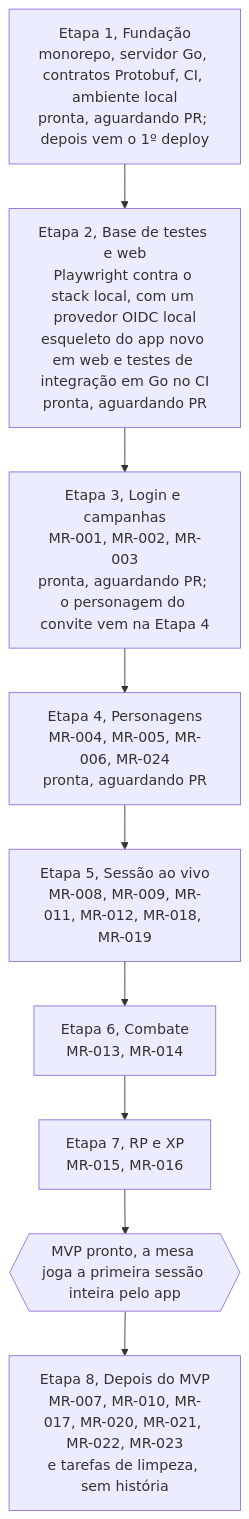
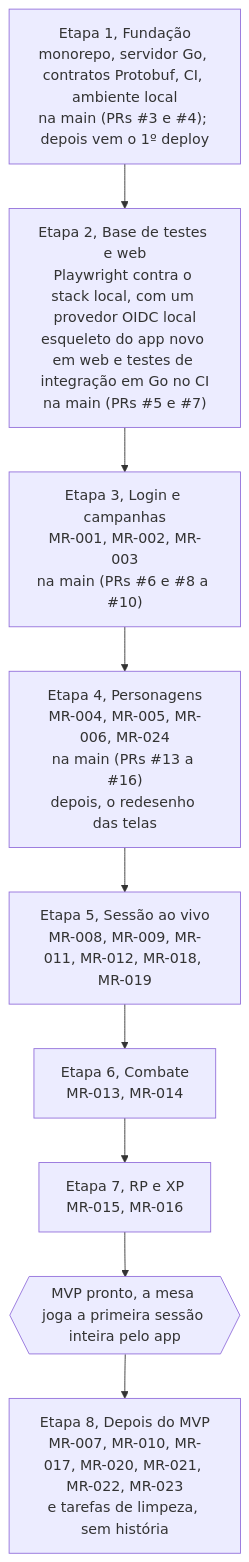
The diagram in docs/roadmap.md (PuraFome/meuRPG), drawn with Mermaid before and after one commit. The commit also changed other lines of this file and 140 other files, not shown here.

````diff
--- a/docs/roadmap.md
+++ b/docs/roadmap.md
@@ -5,14 +5,14 @@
 ```mermaid
 flowchart TD
-    E1["Etapa 1, Fundação<br/>monorepo, servidor Go, contratos Protobuf, CI, ambiente local<br/>pronta, aguardando PR; depois vem o 1º deploy"]
-    E2["Etapa 2, Base de testes e web<br/>Playwright contra o stack local, com um provedor OIDC local<br/>esqueleto do app novo em web e testes de integração em Go no CI<br/>pronta, aguardando PR"]
-    E3["Etapa 3, Login e campanhas<br/>MR-001, MR-002, MR-003<br/>pronta, aguardando PR; o personagem do convite vem na Etapa 4"]
-    E4["Etapa 4, Personagens<br/>MR-004, MR-005, MR-006, MR-024<br/>pronta, aguardando PR"]
+    E1["Etapa 1, Fundação<br/>monorepo, servidor Go, contratos Protobuf, CI, ambiente local<br/>na main (PRs #3 e #4); depois vem o 1º deploy"]
+    E2["Etapa 2, Base de testes e web<br/>Playwright contra o stack local, com um provedor OIDC local<br/>esqueleto do app novo em web e testes de integração em Go no CI<br/>na main (PRs #5 e #7)"]
+    E3["Etapa 3, Login e campanhas<br/>MR-001, MR-002, MR-003<br/>na main (PRs #6 e #8 a #10)"]
+    E4["Etapa 4, Personagens<br/>MR-004, MR-005, MR-006, MR-024<br/>na main (PRs #13 a #16)<br/>depois, o redesenho das telas"]
     E5["Etapa 5, Sessão ao vivo<br/>MR-008, MR-009, MR-011, MR-012, MR-018, MR-019"]
     E6["Etapa 6, Combate<br/>MR-013, MR-014"]
     E7["Etapa 7, RP e XP<br/>MR-015, MR-016"]
     MVP{{"MVP pronto, a mesa joga a primeira sessão inteira pelo app"}}
     E8["Etapa 8, Depois do MVP<br/>MR-007, MR-010, MR-017, MR-020, MR-021, MR-022, MR-023<br/>e tarefas de limpeza, sem história"]
 
     E1 --> E2 --> E3 --> E4 --> E5 --> E6 --> E7 --> MVP --> E8
 ```
````
